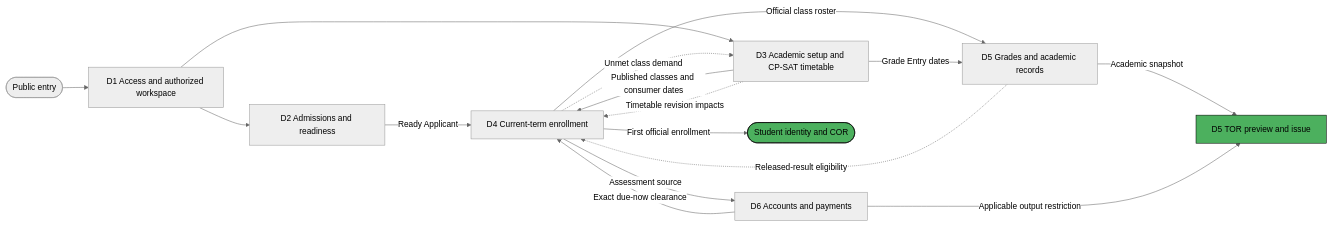
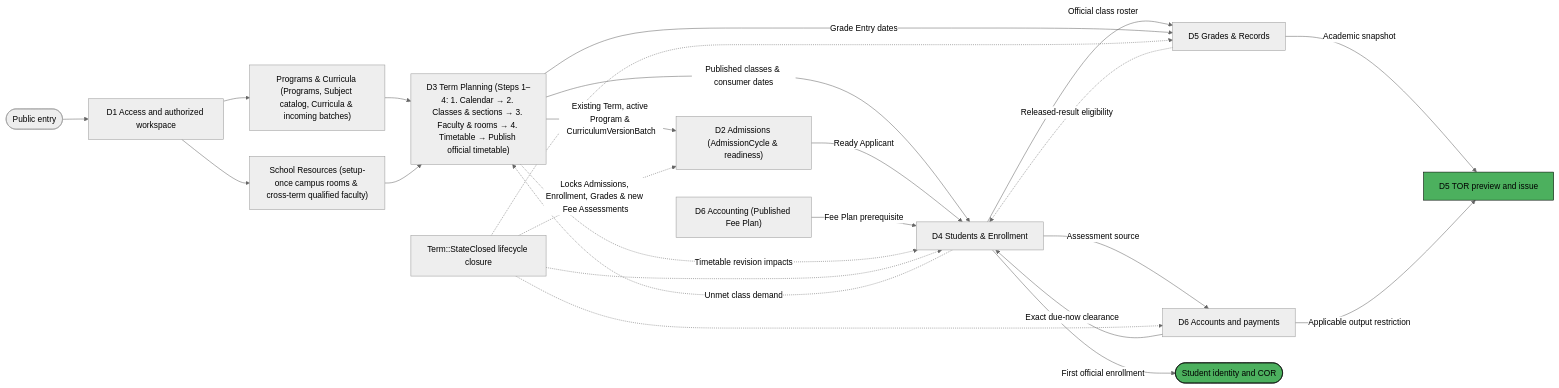
One commit to yosoykyle/SIA-TALA changed the first of 7 diagrams in 00_Project_Documents/TALA-System-Lifecycle-Flowchart.md. Above: the diagram before and after it, drawn with Mermaid (neutral theme). The commit also changed other lines of this file and 288 other files, not shown here.

Commit message:
feat(#93): complete Catalog, Term Planning, Timetable Studio, and shared DESIGN.md overhaul

````diff
--- a/00_Project_Documents/TALA-System-Lifecycle-Flowchart.md
+++ b/00_Project_Documents/TALA-System-Lifecycle-Flowchart.md
@@ -30,20 +30,28 @@
 ```mermaid
 flowchart LR
   PUBLIC(["Public entry"]) --> ACCESS["D1 Access and authorized workspace"]
-  ACCESS --> ADMISSION["D2 Admissions and readiness"]
-  ACCESS --> SETUP["D3 Academic setup and CP-SAT timetable"]
-  ADMISSION -->|Ready Applicant| ENROLL["D4 Current-term enrollment"]
-  SETUP -->|Published classes and consumer dates| ENROLL
+  ACCESS --> CATALOG["Programs & Curricula (Programs, Subject catalog, Curricula & incoming batches)"]
+  ACCESS --> RESOURCES["School Resources (setup-once campus rooms & cross-term qualified faculty)"]
+  CATALOG --> SETUP["D3 Term Planning (Steps 1–4: 1. Calendar → 2. Classes & sections → 3. Faculty & rooms → 4. Timetable → Publish official timetable)"]
+  RESOURCES --> SETUP
+  SETUP -->|Existing Term, active Program & CurriculumVersionBatch| ADMISSION["D2 Admissions (AdmissionCycle & readiness)"]
+  SETUP -->|Published classes & consumer dates| ENROLL["D4 Students & Enrollment"]
+  ADMISSION -->|Ready Applicant| ENROLL
+  ACCOUNTS_PLAN["D6 Accounting (Published Fee Plan)"] -->|Fee Plan prerequisite| ENROLL
   ENROLL -->|Assessment source| ACCOUNTS["D6 Accounts and payments"]
   ACCOUNTS -->|Exact due-now clearance| ENROLL
-  ENROLL -->|Official class roster| GRADES["D5 Grades and academic records"]
+  ENROLL -->|Official class roster| GRADES["D5 Grades & Records"]
   SETUP -->|Grade Entry dates| GRADES
   GRADES -.->|Released-result eligibility| ENROLL
   ENROLL -.->|Unmet class demand| SETUP
   SETUP -.->|Timetable revision impacts| ENROLL
   GRADES -->|Academic snapshot| TOR["D5 TOR preview and issue"]
   ACCOUNTS -->|Applicable output restriction| TOR
   ENROLL -->|First official enrollment| STUDENT(["Student identity and COR"])
+  CLOSE["Term::StateClosed lifecycle closure"] -.->|Locks Admissions, Enrollment, Grades & new Fee Assessments| ADMISSION
+  CLOSE -.-> ENROLL
+  CLOSE -.-> GRADES
+  CLOSE -.-> ACCOUNTS
   classDef paperBox fill:#4CB05E,stroke:#000000,color:#000000;
   class STUDENT,TOR paperBox;
 ```
````
